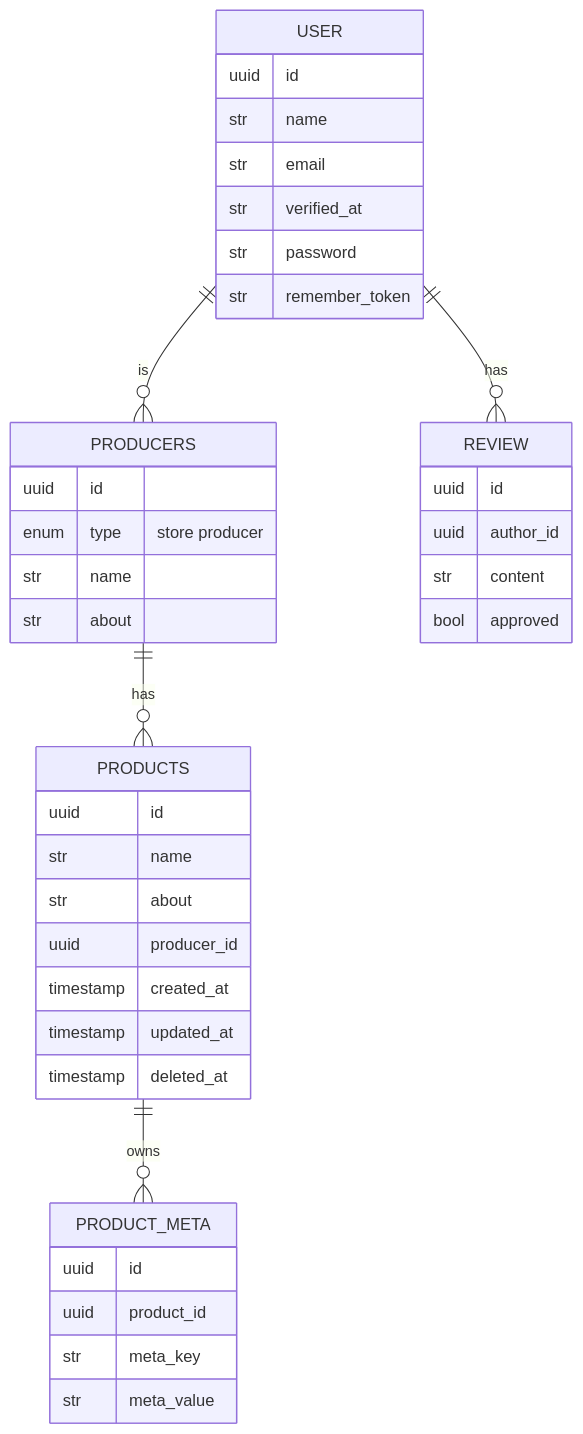
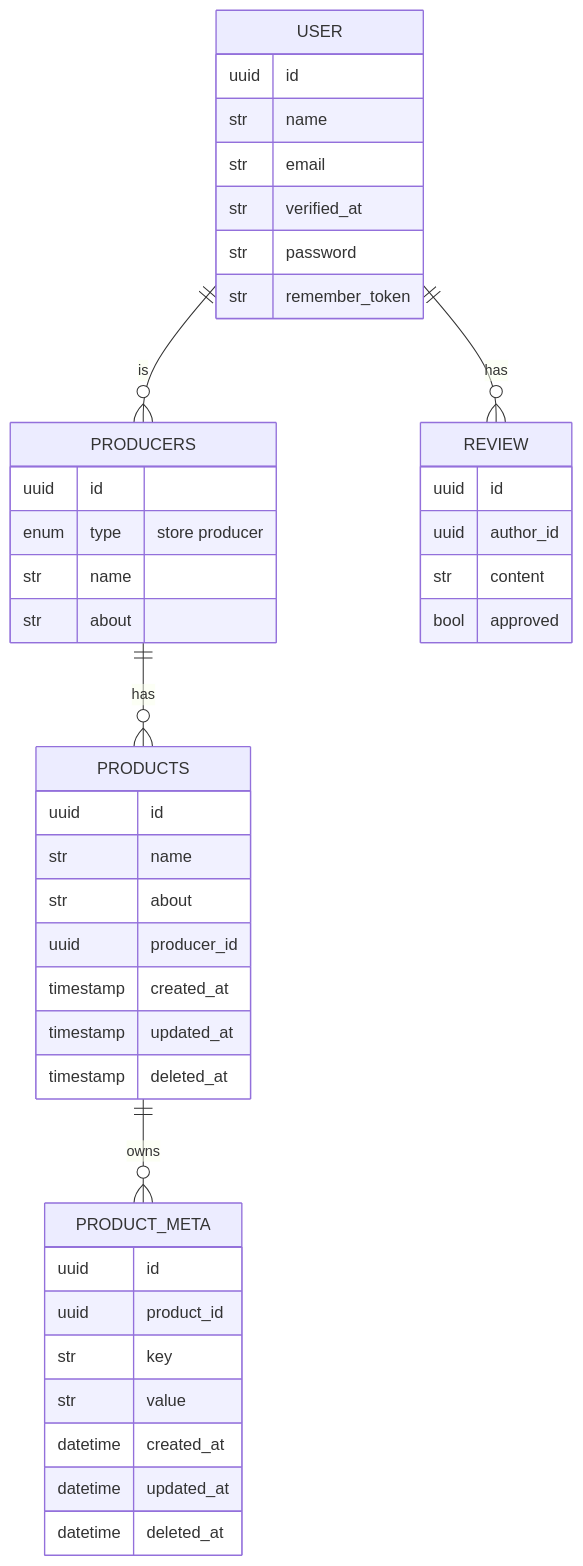
One commit to cvanh/wiri changed the diagram in backend/README.md. Above: the diagram before and after it, drawn with Mermaid. The commit also changed 5 other files, not shown here.

````diff
--- a/backend/README.md
+++ b/backend/README.md
@@ -19,44 +19,47 @@
 ```mermaid
 erDiagram
     USER {
         uuid id 
         str name
         str email
         str verified_at
         str password
         str remember_token
     }
     PRODUCERS { 
         uuid id 
         enum type "store producer"
         str name
         str about
     }
     PRODUCTS {
         uuid id
         str name
         str about
         uuid producer_id 
         timestamp created_at
         timestamp updated_at
         timestamp deleted_at
     }
     PRODUCT_META {
         uuid id
         uuid product_id
-        str meta_key
-        str meta_value
+        str key
+        str value
+        datetime created_at
+        datetime updated_at
+        datetime deleted_at
     }
 
     REVIEW {
         uuid id 
         uuid author_id 
         str content
         bool approved
     }
 
     USER||--o{PRODUCERS : "is"
     USER||--o{REVIEW: "has"
     PRODUCERS||--o{PRODUCTS: "has"
     PRODUCTS||--o{PRODUCT_META: "owns"
 ```
````
